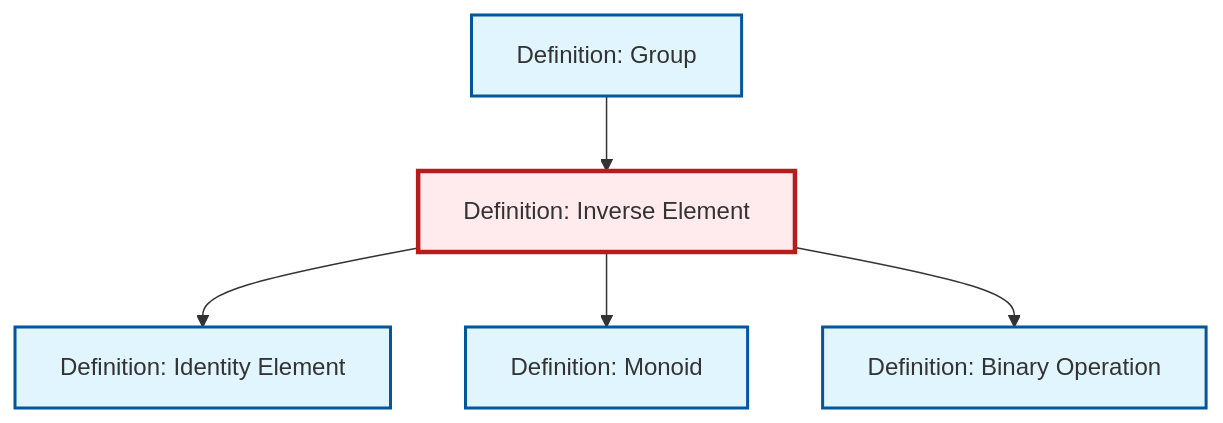
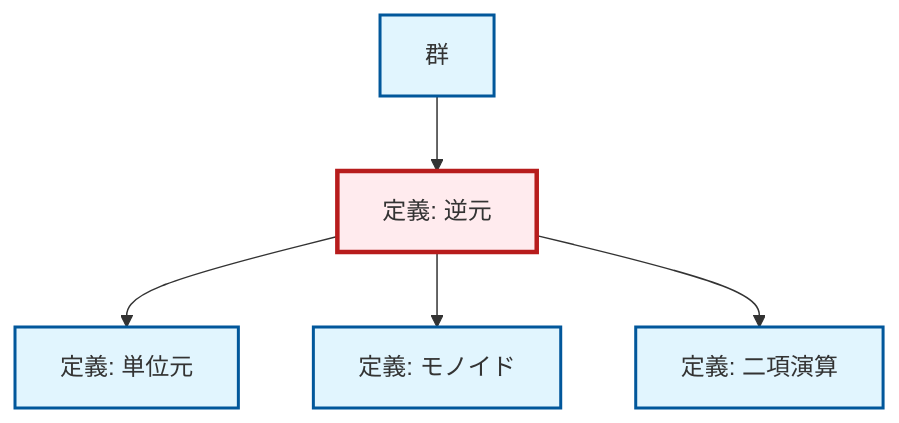
One commit to RK0429/ModernMath changed the diagram in content/ja/algebra/def-inverse-element.qmd. Above: the diagram before and after it, drawn with Mermaid. The commit also changed 1069 other files, not shown here.

````diff
--- a/content/ja/algebra/def-inverse-element.qmd
+++ b/content/ja/algebra/def-inverse-element.qmd
@@ -84,23 +84,23 @@
 ```{mermaid}
 %%| fig-cap: "Local dependency graph"
 graph TD
     classDef definition fill:#e1f5fe,stroke:#01579b,stroke-width:2px
     classDef theorem fill:#f3e5f5,stroke:#4a148c,stroke-width:2px
     classDef axiom fill:#fff3e0,stroke:#e65100,stroke-width:2px
     classDef example fill:#e8f5e9,stroke:#1b5e20,stroke-width:2px
     classDef current fill:#ffebee,stroke:#b71c1c,stroke-width:3px
-    def-monoid["Definition: Monoid"]:::definition
-    def-inverse-element["Definition: Inverse Element"]:::definition
-    def-group["Definition: Group"]:::definition
-    def-binary-operation["Definition: Binary Operation"]:::definition
-    def-identity-element["Definition: Identity Element"]:::definition
+    def-inverse-element["定義: 逆元"]:::definition
+    def-binary-operation["定義: 二項演算"]:::definition
+    def-identity-element["定義: 単位元"]:::definition
+    def-monoid["定義: モノイド"]:::definition
+    def-group["群"]:::definition
     def-inverse-element --> def-identity-element
     def-inverse-element --> def-monoid
+    def-inverse-element --> def-binary-operation
     def-group --> def-inverse-element
-    def-inverse-element --> def-binary-operation
     class def-inverse-element current
-    click def-monoid "def-monoid.html" "Definition: Monoidへ"
-    click def-group "def-group.html" "Definition: Groupへ"
-    click def-binary-operation "def-binary-operation.html" "Definition: Binary Operationへ"
-    click def-identity-element "def-identity-element.html" "Definition: Identity Elementへ"
+    click def-binary-operation "def-binary-operation.html" "二項演算の定義へ"
+    click def-identity-element "def-identity-element.html" "単位元の定義へ"
+    click def-monoid "def-monoid.html" "モノイドの定義へ"
+    click def-group "def-group.html" "群へ"
 ```
````
